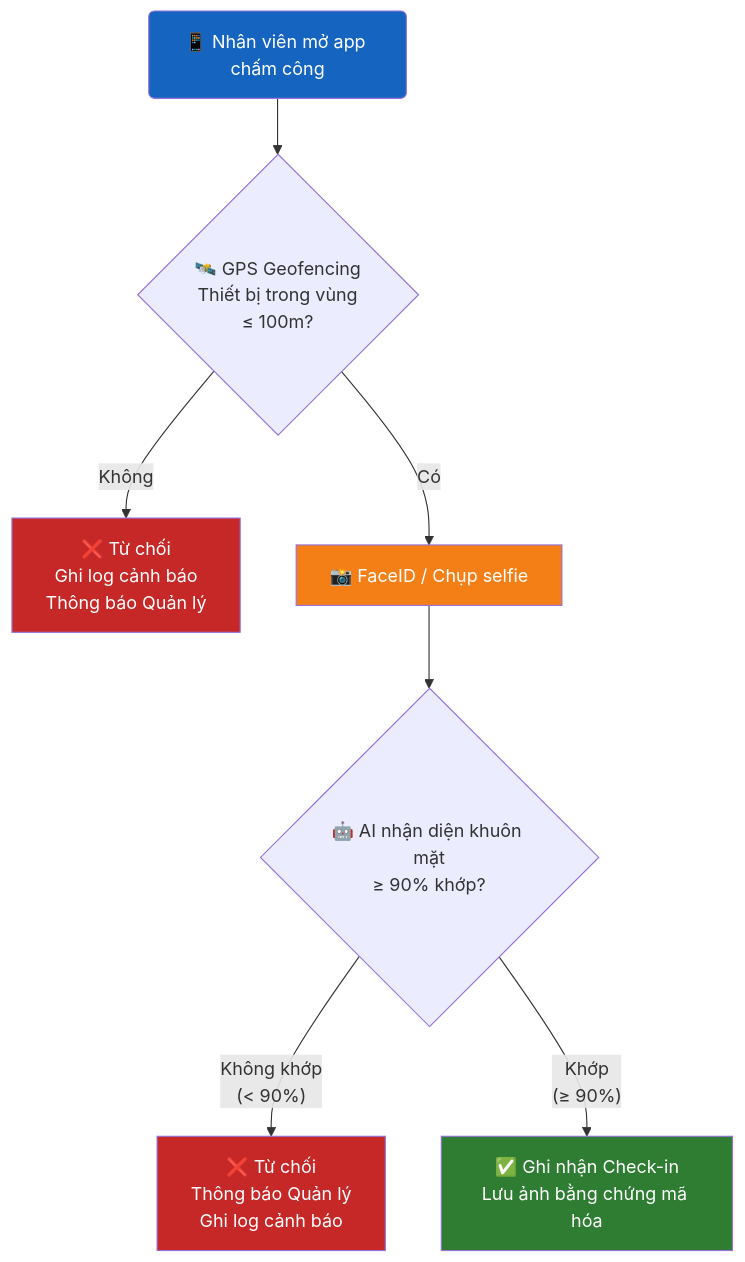
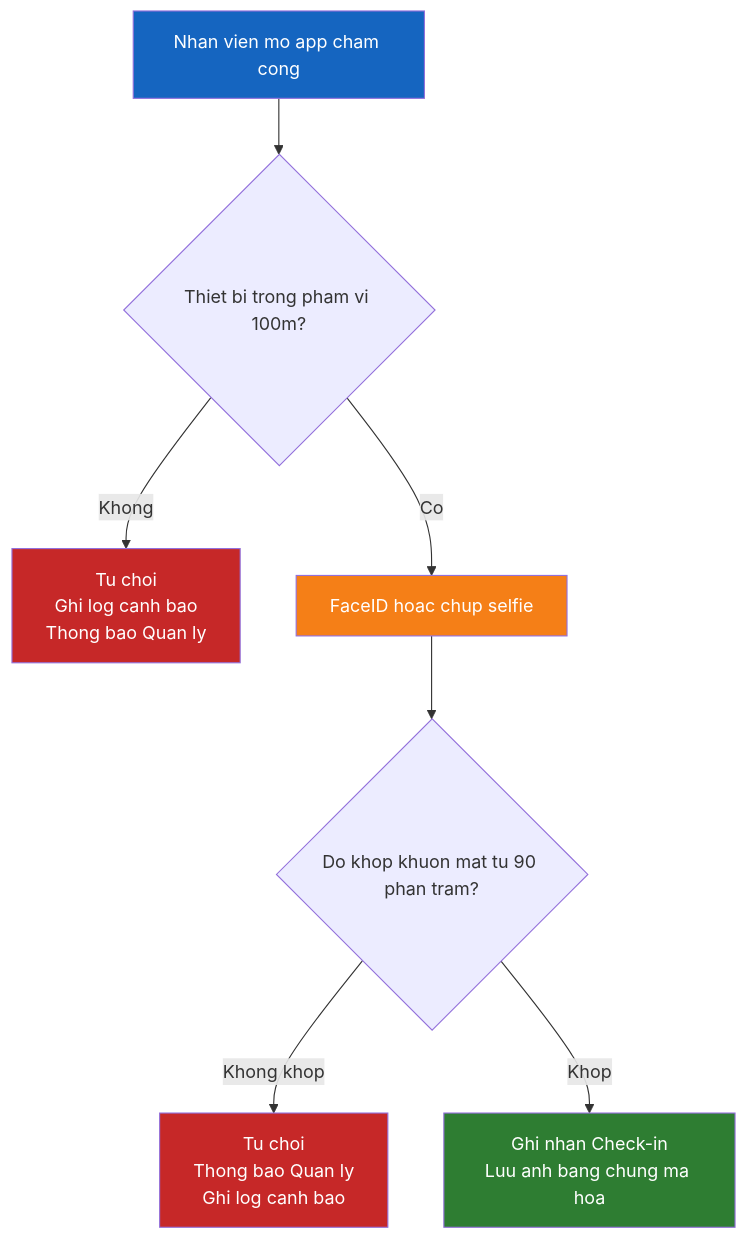
Before and after one commit to Elkayee/doc-automation-suite: the fourth of 8 diagrams in chapters/Ch05_CHƯƠNG_3_NGHIÊN_CỨU_CHUYÊN_SÂU_—_UC04_.md, drawn with Mermaid. The commit also changed other lines of this file and 21 other files, not shown here.

````diff
--- a/chapters/Ch05_CHƯƠNG_3_NGHIÊN_CỨU_CHUYÊN_SÂU_—_UC04_.md
+++ b/chapters/Ch05_CHƯƠNG_3_NGHIÊN_CỨU_CHUYÊN_SÂU_—_UC04_.md
@@ -264,15 +264,15 @@
 ```mermaid
 graph TD
-    A("📱 Nhân viên mở app chấm công") --> B{"🛰️ GPS Geofencing\nThiết bị trong vùng\n≤ 100m?"}
-    B -- "Không" --> C["❌ Từ chối\nGhi log cảnh báo\nThông báo Quản lý"]
-    B -- "Có" --> D["📸 FaceID / Chụp selfie"]
-    D --> E{"🤖 AI nhận diện khuôn mặt\n≥ 90% khớp?"}
-    E -- "Không khớp\n(< 90%)" --> F["❌ Từ chối\nThông báo Quản lý\nGhi log cảnh báo"]
-    E -- "Khớp\n(≥ 90%)" --> G["✅ Ghi nhận Check-in\nLưu ảnh bằng chứng mã hóa"]
+    A[Nhan vien mo app cham cong] --> B{Thiet bi trong pham vi 100m?}
+    B -- "Khong" --> C[Tu choi\nGhi log canh bao\nThong bao Quan ly]
+    B -- "Co" --> D[FaceID hoac chup selfie]
+    D --> E{Do khop khuon mat tu 90 phan tram?}
+    E -- "Khong khop" --> F[Tu choi\nThong bao Quan ly\nGhi log canh bao]
+    E -- "Khop" --> G[Ghi nhan Check-in\nLuu anh bang chung ma hoa]
 
     style A fill:#1565C0,color:#fff
     style C fill:#C62828,color:#fff
     style F fill:#C62828,color:#fff
     style G fill:#2E7D32,color:#fff
     style D fill:#F57F17,color:#fff
 ```
````
